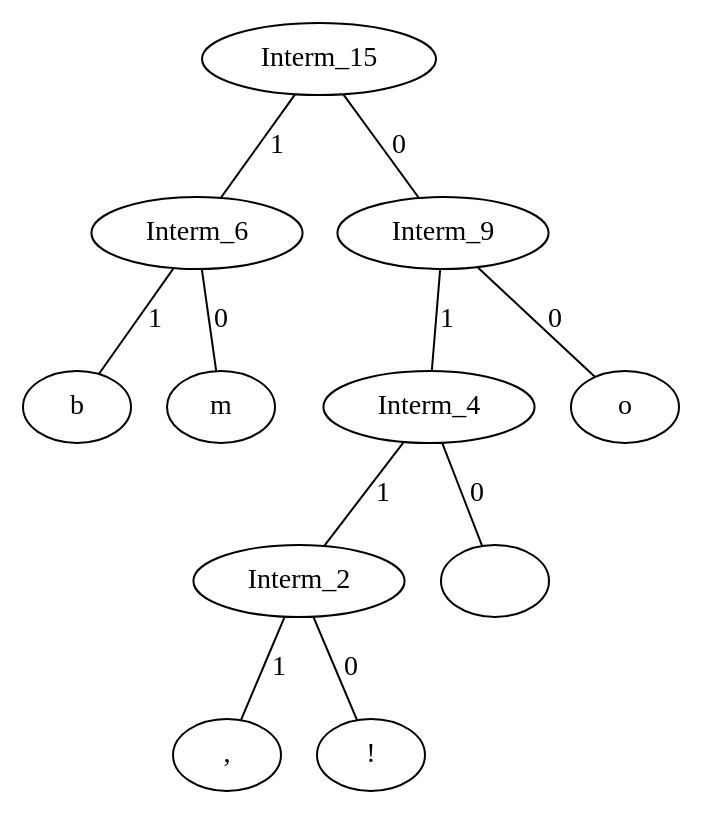
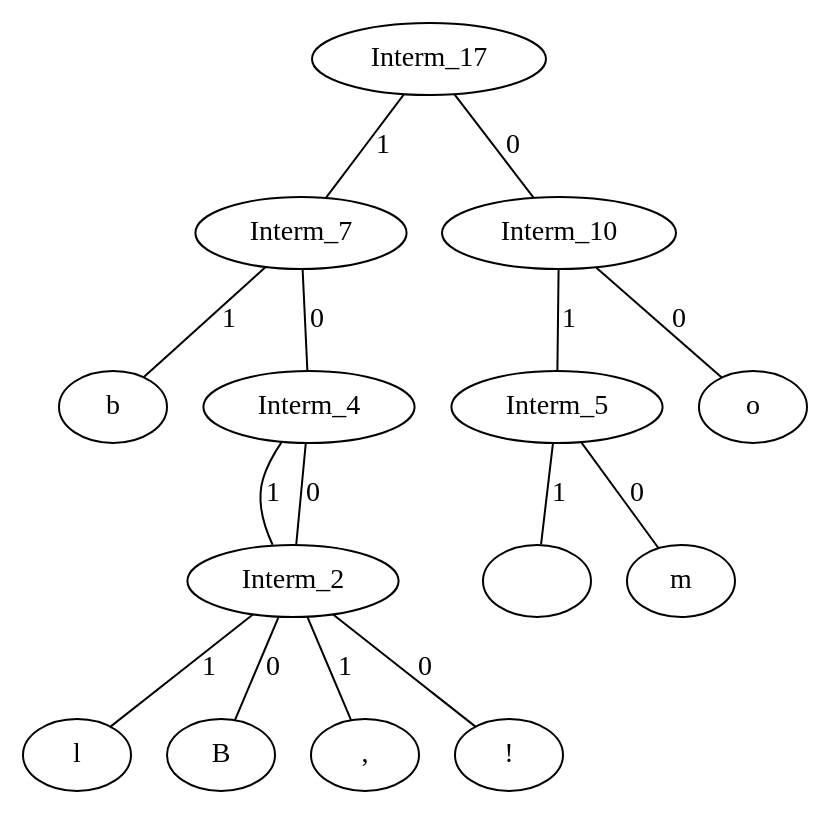
One commit to jadedlopes/Huffman changed the diagram in tree.dot. Above: the diagram before and after it, drawn with Graphviz. The commit also changed 3 other files, not shown here.

```diff
--- a/tree.dot
+++ b/tree.dot
@@ -1,12 +1,16 @@
 graph {
-	Interm_15 -- Interm_6 [label= 1];
-	Interm_15 -- Interm_9 [label= 0];
-	Interm_9 -- Interm_4 [label= 1];
-	Interm_9 -- "o" [label= 0];
+	Interm_17 -- Interm_7 [label= 1];
+	Interm_17 -- Interm_10 [label= 0];
+	Interm_10 -- Interm_5 [label= 1];
+	Interm_10 -- "o" [label= 0];
+	Interm_5 -- " " [label= 1];
+	Interm_5 -- "m" [label= 0];
+	Interm_7 -- "b" [label= 1];
+	Interm_7 -- Interm_4 [label= 0];
 	Interm_4 -- Interm_2 [label= 1];
-	Interm_4 -- " " [label= 0];
+	Interm_4 -- Interm_2 [label= 0];
+	Interm_2 -- "l" [label= 1];
+	Interm_2 -- "B" [label= 0];
 	Interm_2 -- "," [label= 1];
 	Interm_2 -- "!" [label= 0];
-	Interm_6 -- "b" [label= 1];
-	Interm_6 -- "m" [label= 0];
 }
```
